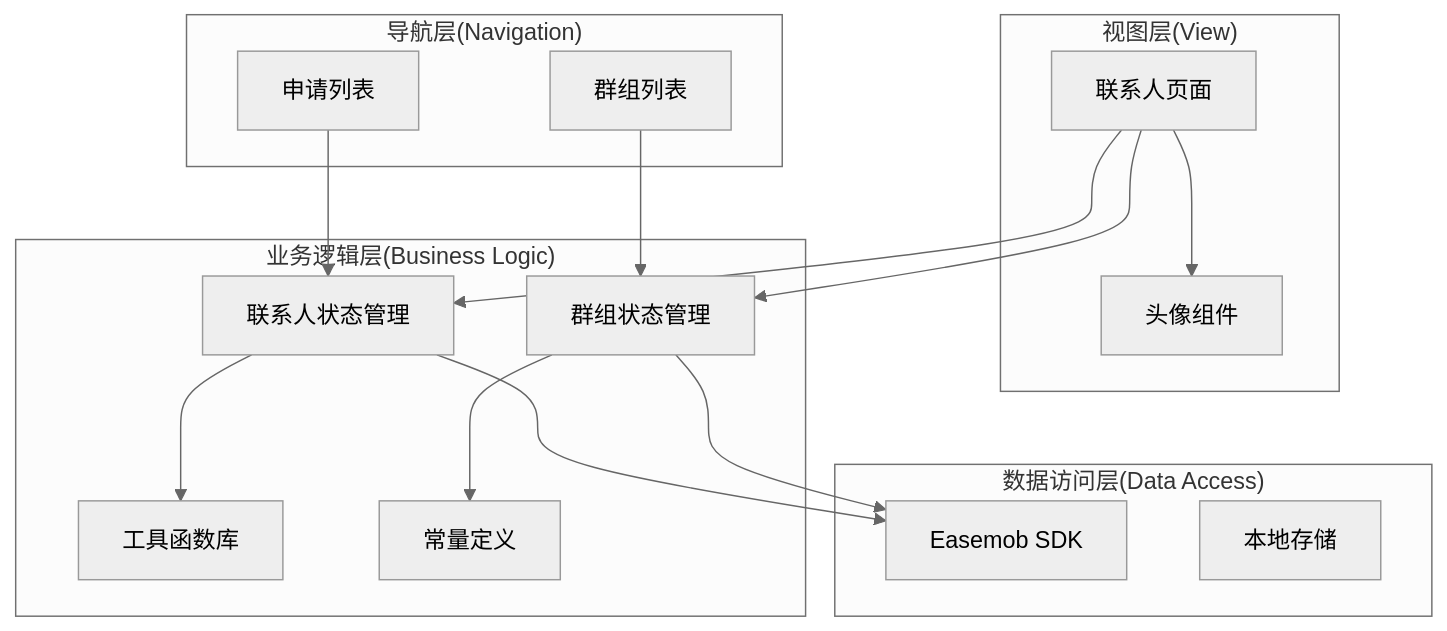
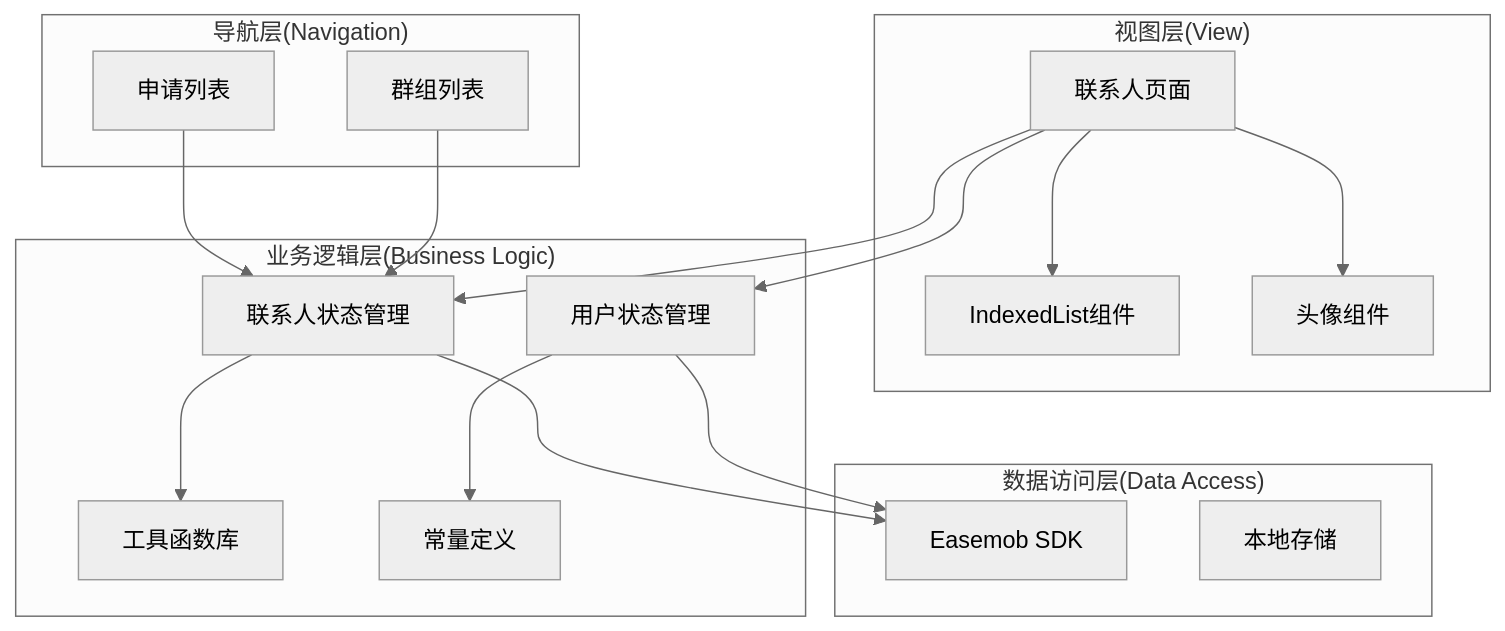
One commit to Easemob-Community/easemob-uikit-uniapp-community changed the second of 9 diagrams in .qoder/repowiki/zh/content/Contacts Page.md. Above: the diagram before and after it, drawn with Mermaid (neutral theme). The commit also changed other lines of this file and 6 other files, not shown here.

````diff
--- a/.qoder/repowiki/zh/content/Contacts Page.md
+++ b/.qoder/repowiki/zh/content/Contacts Page.md
@@ -112,30 +132,32 @@
 ```mermaid
 graph TB
 subgraph "视图层(View)"
 ContactsPage[联系人页面]
+IndexedList[IndexedList组件]
 Avatar[头像组件]
 end
 subgraph "业务逻辑层(Business Logic)"
 ContactStore[联系人状态管理]
-GroupStore[群组状态管理]
+AppUserStore[用户状态管理]
 Utils[工具函数库]
 Const[常量定义]
 end
 subgraph "数据访问层(Data Access)"
 SDK[Easemob SDK]
 LocalStorage[本地存储]
 end
 subgraph "导航层(Navigation)"
 ContactRequestList[申请列表]
 GroupList[群组列表]
 end
+ContactsPage --> IndexedList
 ContactsPage --> Avatar
 ContactsPage --> ContactStore
-ContactsPage --> GroupStore
+ContactsPage --> AppUserStore
 ContactStore --> SDK
-GroupStore --> SDK
+AppUserStore --> SDK
 ContactStore --> Utils
-GroupStore --> Const
+AppUserStore --> Const
 ContactRequestList --> ContactStore
-GroupList --> GroupStore
+GroupList --> ContactStore
 ```
````
